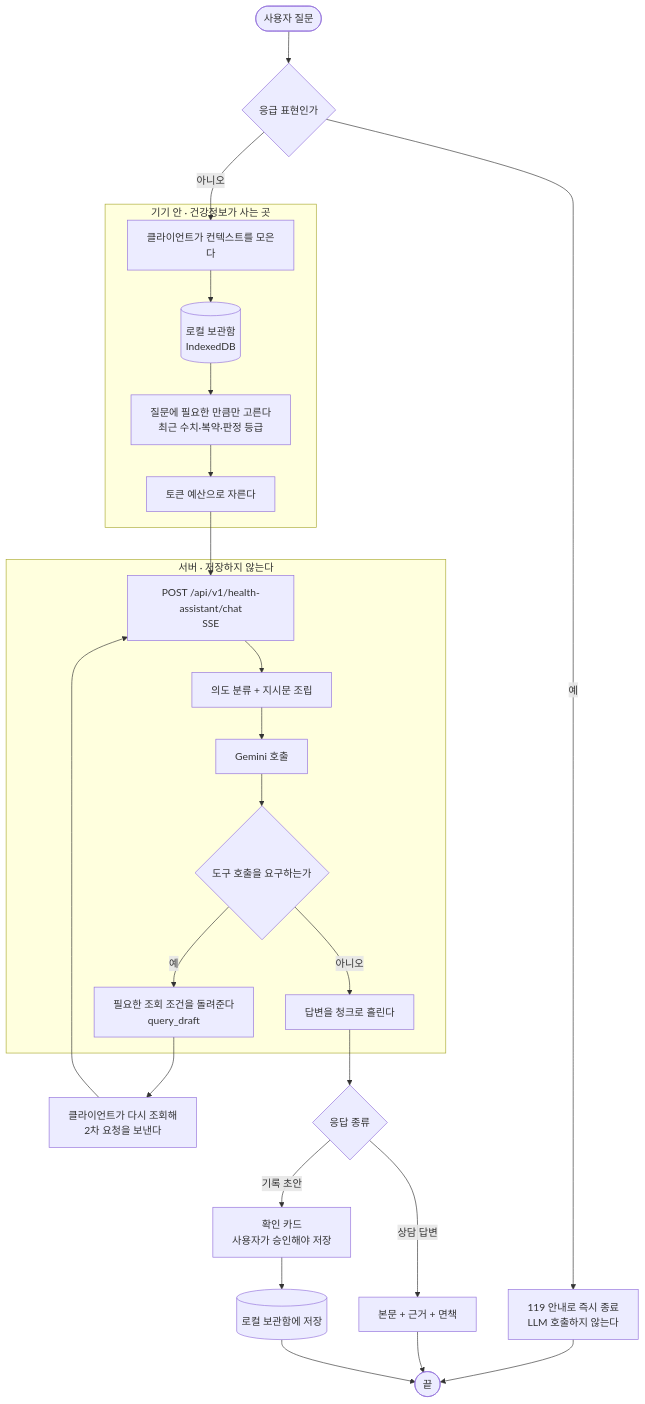
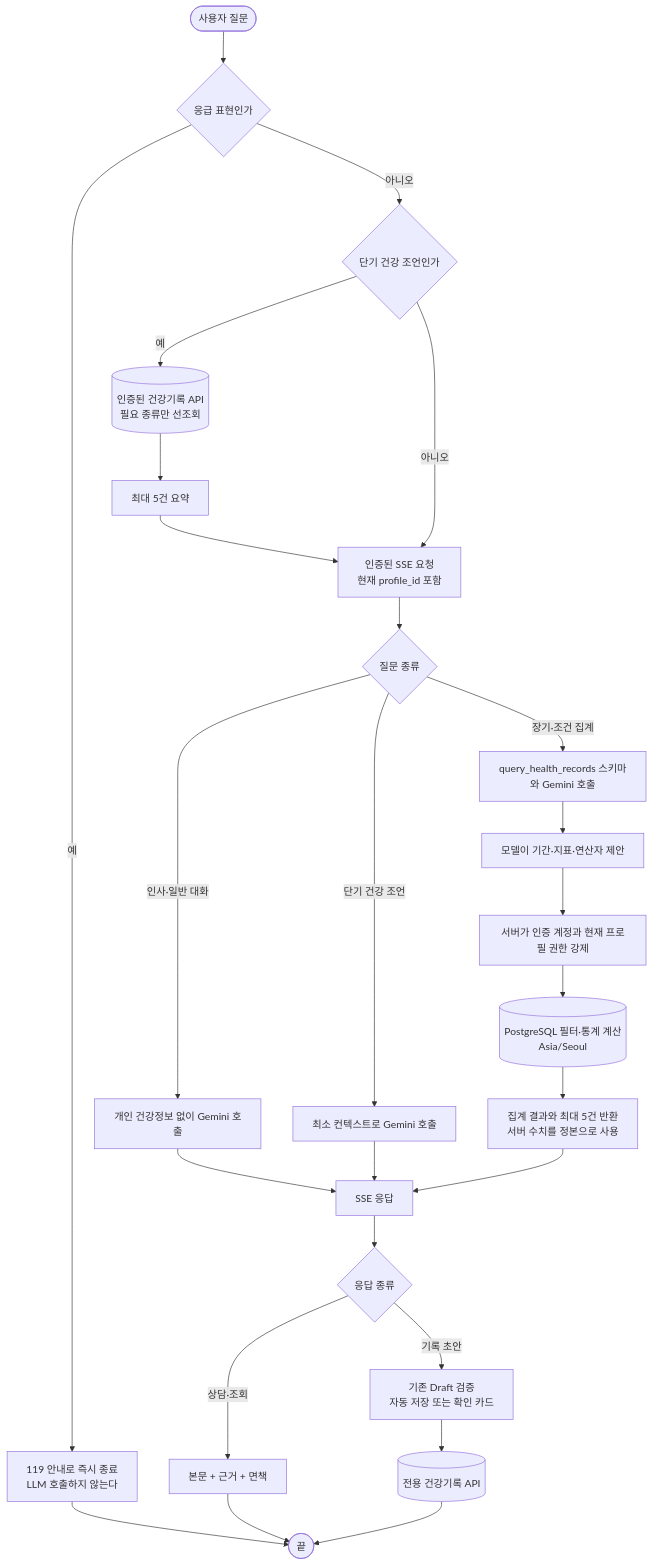
One commit to AI-HealthCare-05/AH_05_03 changed the diagram in docs/43_chatbot_question_design.md. Above: the diagram before and after it, drawn with Mermaid. The commit also changed other lines of this file and 13 other files, not shown here.

Commit message:
feat(assistant): add health record query tool #102

````diff
--- a/docs/43_chatbot_question_design.md
+++ b/docs/43_chatbot_question_design.md
@@ -127,34 +128,31 @@
 ```mermaid
 flowchart TD
     U([사용자 질문]) --> SAFE{응급 표현인가}
     SAFE -- 예 --> ER[119 안내로 즉시 종료<br/>LLM 호출하지 않는다]
-    SAFE -- 아니오 --> CTX[클라이언트가 컨텍스트를 모은다]
+    SAFE -- 아니오 --> PRE{단기 건강 조언인가}
+    PRE -- 예 --> SHORT[(인증된 건강기록 API<br/>필요 종류만 선조회)]
+    SHORT --> MIN[최대 5건 요약]
+    MIN --> API[인증된 SSE 요청<br/>현재 profile_id 포함]
+    PRE -- 아니오 --> API
 
-    subgraph BROWSER[기기 안 · 건강정보가 사는 곳]
-      CTX --> IDX[(로컬 보관함<br/>IndexedDB)]
-      IDX --> PICK[질문에 필요한 만큼만 고른다<br/>최근 수치·복약·판정 등급]
-      PICK --> TRIM[토큰 예산으로 자른다]
-    end
+    API --> ROUTE{질문 종류}
+    ROUTE -- 인사·일반 대화 --> LLM0[개인 건강정보 없이 Gemini 호출]
+    ROUTE -- 단기 건강 조언 --> LLM1[최소 컨텍스트로 Gemini 호출]
+    ROUTE -- 장기·조건 집계 --> TOOL[query_health_records 스키마와 Gemini 호출]
+    TOOL --> CALL[모델이 기간·지표·연산자 제안]
+    CALL --> AUTH[서버가 인증 계정과 현재 프로필 권한 강제]
+    AUTH --> DB[(PostgreSQL 필터·통계 계산<br/>Asia/Seoul)]
+    DB --> FACT[집계 결과와 최대 5건 반환<br/>서버 수치를 정본으로 사용]
 
-    TRIM --> API[POST /api/v1/health-assistant/chat<br/>SSE]
-
-    subgraph SERVER[서버 · 저장하지 않는다]
-      API --> INTENT[의도 분류 + 지시문 조립]
-      INTENT --> LLM[Gemini 호출]
-      LLM --> TOOL{도구 호출을 요구하는가}
-      TOOL -- 예 --> NEED[필요한 조회 조건을 돌려준다<br/>query_draft]
-      TOOL -- 아니오 --> STREAM[답변을 청크로 흘린다]
-    end
-
-    NEED --> REFETCH[클라이언트가 다시 조회해<br/>2차 요청을 보낸다]
-    REFETCH --> API
-
+    LLM0 --> STREAM[SSE 응답]
+    LLM1 --> STREAM
+    FACT --> STREAM
     STREAM --> OUT{응답 종류}
-    OUT -- 기록 초안 --> CARD[확인 카드<br/>사용자가 승인해야 저장]
-    OUT -- 상담 답변 --> TEXT[본문 + 근거 + 면책]
-    CARD --> SAVE[(로컬 보관함에 저장)]
+    OUT -- 기록 초안 --> DRAFT[기존 Draft 검증<br/>자동 저장 또는 확인 카드]
+    OUT -- 상담·조회 --> TEXT[본문 + 근거 + 면책]
+    DRAFT --> SAVE[(전용 건강기록 API)]
 
     ER --> END([끝])
     TEXT --> END
     SAVE --> END
 ```
````
